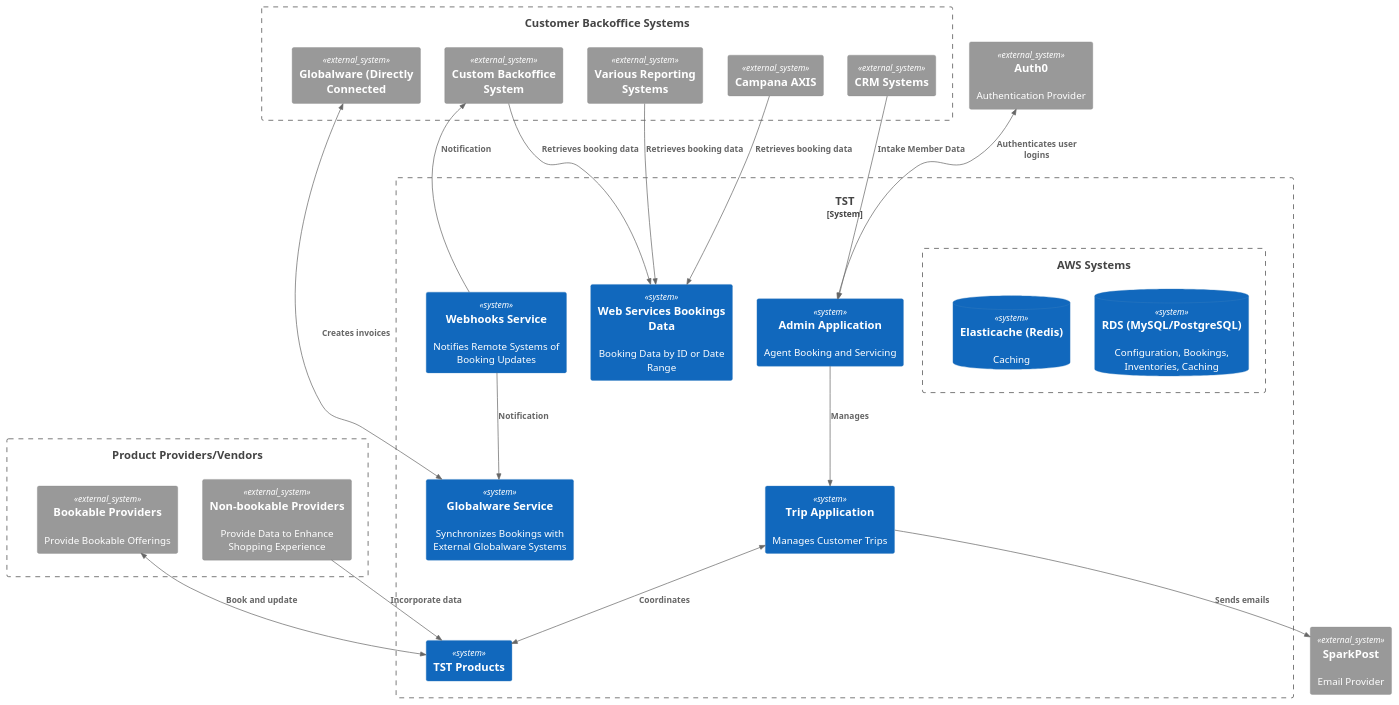
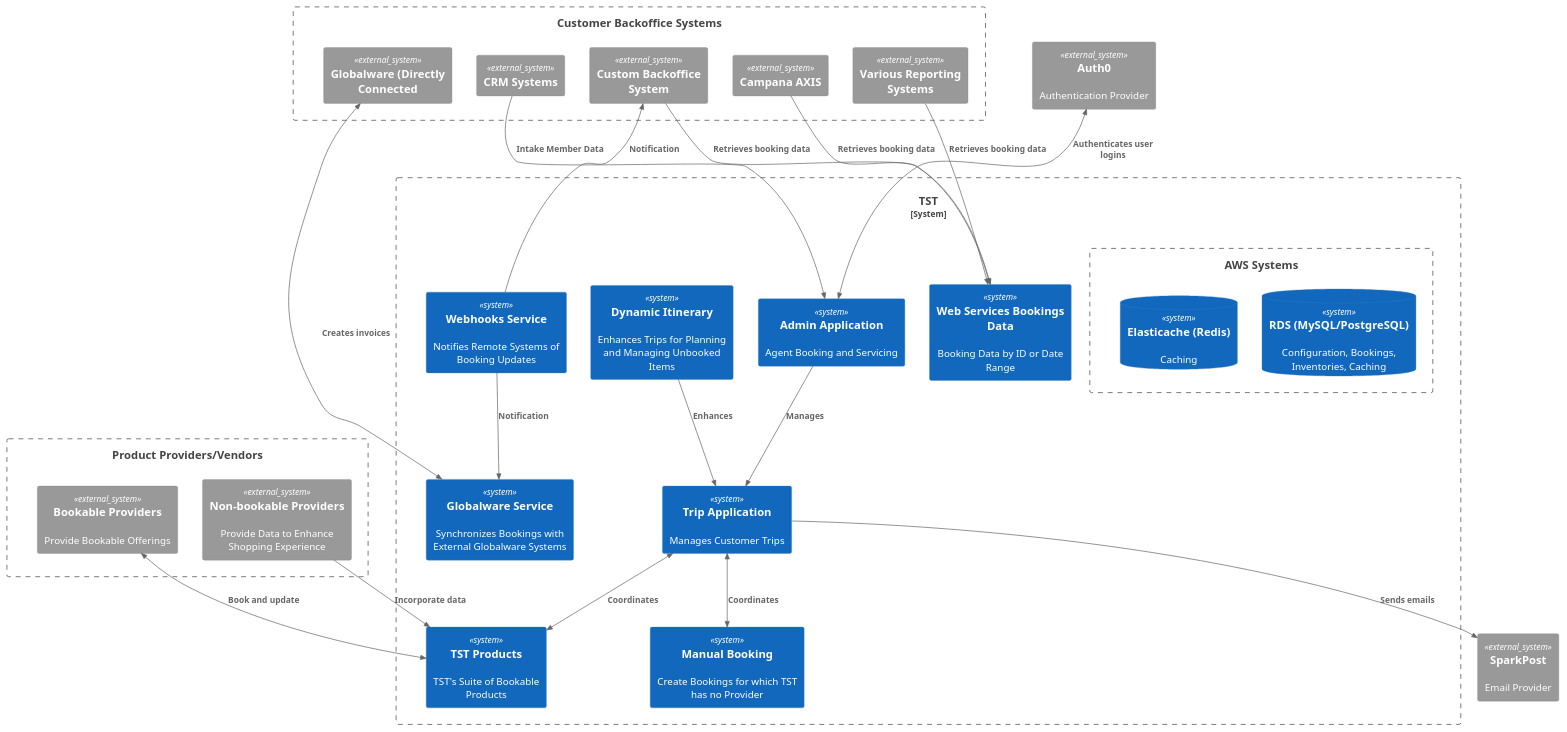
One commit to Travel-Syndication-Technology/Travel-Syndication-Technology.github.io changed the diagram in architecture.puml. Above: the diagram before and after it, drawn with PlantUML. The commit also changed 6 other files, not shown here.

Commit message:
Architecture updates and testing github action build

```diff
--- a/architecture.puml
+++ b/architecture.puml
@@ -1,66 +1,70 @@
 @startuml TST_Architecture
 !include https://raw.githubusercontent.com/plantuml-stdlib/C4-PlantUML/master/C4_Container.puml
 
 LAYOUT_TOP_DOWN()
 
 ' Person(TravelAgent, "Travel Agent")
 ' Person(Consumer, "Consumer")
 
 System_Ext(Auth0, "Auth0", "Authentication Provider")
 System_Ext(SparkPost, "SparkPost", "Email Provider")
 
 Boundary(CustomerBackoffice, "Customer Backoffice Systems") {
     System_Ext(Campana, "Campana AXIS")
     System_Ext(Reporting, "Various Reporting Systems")
     System_Ext(CustomBackoffice, "Custom Backoffice System")
     System_Ext(GlobalwareDirect, "Globalware (Directly Connected")
     System_Ext(CRM, "CRM Systems")
     }
 
 System_Boundary(TST, "TST") {
     System(WebServicesBookings, "Web Services Bookings Data", "Booking Data by ID or Date Range")
     System(GlobalwareService, "Globalware Service", "Synchronizes Bookings with External Globalware Systems")
     System(WebhookService, "Webhooks Service", "Notifies Remote Systems of Booking Updates")
     System(Trip, "Trip Application", "Manages Customer Trips")
+    System(DynamicItinerary, "Dynamic Itinerary", "Enhances Trips for Planning and Managing Unbooked Items")
     System(Admin, "Admin Application", "Agent Booking and Servicing")
-    System(TSTProducts, "TST Products")
+    System(TSTProducts, "TST Products", "TST's Suite of Bookable Products")
+    System(ManualBooking, "Manual Booking", "Create Bookings for which TST has no Provider")
     Boundary(AWS, "AWS Systems", "") {
         SystemDb(TSTMySQL, "RDS (MySQL/PostgreSQL)", "Configuration, Bookings, Inventories, Caching")
         SystemDb(TSTRedis, "Elasticache (Redis)", "Caching")
         }
     }
     
     
 Boundary(Providers, "Product Providers/Vendors", "") {
     System_Ext(BookableProviders, "Bookable Providers", "Provide Bookable Offerings")
     System_Ext(NonBookableProviders, "Non-bookable Providers", "Provide Data to Enhance Shopping Experience")
     }
 
 BiRel(Auth0, Admin, "Authenticates user logins")
 ' Rel(TravelAgent, Admin, "Login/Manage/Book")
 ' Rel(Consumer, Trip, "Books")
 Rel(CRM, Admin, "Intake Member Data")
 
 Rel(WebhookService, CustomBackoffice, "Notification")
 Rel(WebhookService, GlobalwareService, "Notification")
 Rel(CustomBackoffice, WebServicesBookings, "Retrieves booking data")
 Rel(Campana, WebServicesBookings, "Retrieves booking data")
 Rel(Reporting, WebServicesBookings, "Retrieves booking data")
 BiRel(GlobalwareService, GlobalwareDirect, "Creates invoices")
 
 BiRel(Trip, TSTProducts, "Coordinates")
+BiRel(Trip, ManualBooking, "Coordinates")
+Rel(DynamicItinerary, Trip, "Enhances")
 Rel(Admin, Trip, "Manages")
 Rel(Trip, SparkPost, "Sends emails")
 
 BiRel(TSTProducts, BookableProviders, "Book and update")
 Rel(NonBookableProviders, TSTProducts, "Incorporate data")
 
 Lay_U(TST, CustomerBackoffice)
 Lay_L(TST, CustomerBackoffice)
 Lay_L(TST, AWS)
 Lay_R(TST, Providers)
 ' Lay_D(TST, Consumer)
 ' Lay_U(Providers, Consumer)
 ' Lay_R(TST, TravelAgent)
 
 @enduml
```
